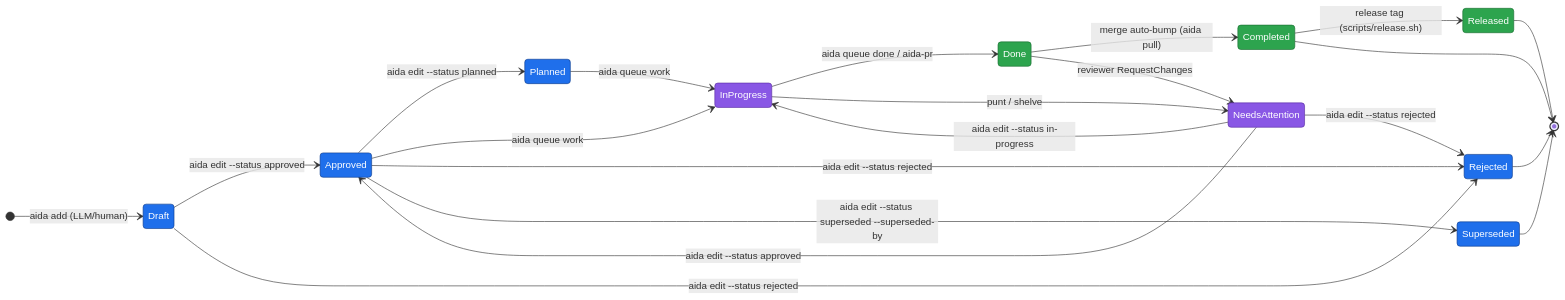
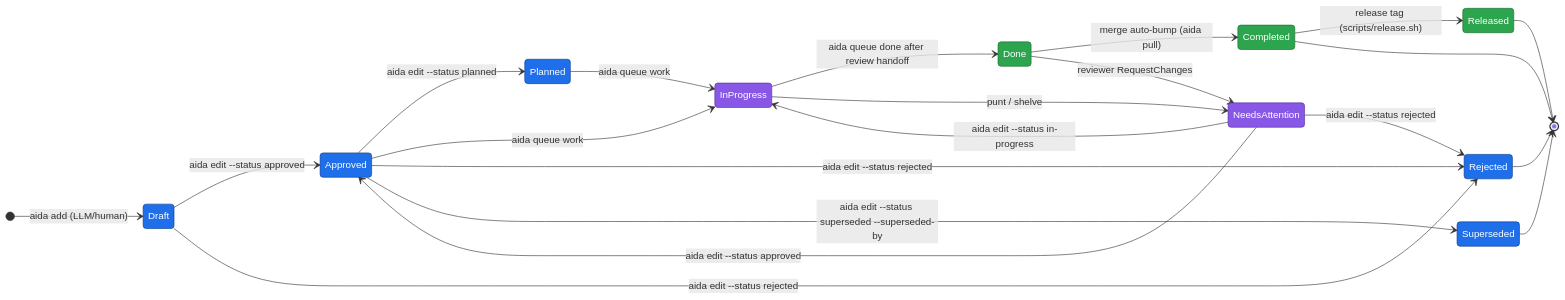
The first of 6 diagrams in docs/lifecycle.md (joemooney/aida), drawn with Mermaid before and after one commit. The commit also changed other lines of this file and 12 other files, not shown here.

````diff
--- a/docs/lifecycle.md
+++ b/docs/lifecycle.md
@@ -306,36 +306,36 @@
 ```mermaid
 stateDiagram-v2
     direction LR
     [*] --> Draft: aida add (LLM/human)
 
     Draft --> Approved: aida edit --status approved
     Approved --> Planned: aida edit --status planned
     Approved --> InProgress: aida queue work
     Planned --> InProgress: aida queue work
-    InProgress --> Done: aida queue done / aida-pr
+    InProgress --> Done: aida queue done after review handoff
     Done --> Completed: merge auto-bump (aida pull)
     Completed --> Released: release tag (scripts/release.sh)
 
     InProgress --> NeedsAttention: punt / shelve
     NeedsAttention --> InProgress: aida edit --status in-progress
     NeedsAttention --> Approved: aida edit --status approved
     NeedsAttention --> Rejected: aida edit --status rejected
 
     Draft --> Rejected: aida edit --status rejected
     Approved --> Rejected: aida edit --status rejected
     Done --> NeedsAttention: reviewer RequestChanges
     Approved --> Superseded: aida edit --status superseded --superseded-by
 
     Released --> [*]
     Rejected --> [*]
     Completed --> [*]
     Superseded --> [*]
 
     classDef cli fill:#1f6feb,stroke:#0d3b8a,color:#fff
     classDef llm fill:#8957e5,stroke:#5a2ca0,color:#fff
     classDef git fill:#2da44e,stroke:#176b2e,color:#fff
 
     class Draft,Approved,Planned,Rejected,Superseded cli
     class InProgress,NeedsAttention llm
     class Done,Completed,Released git
 ```
````
